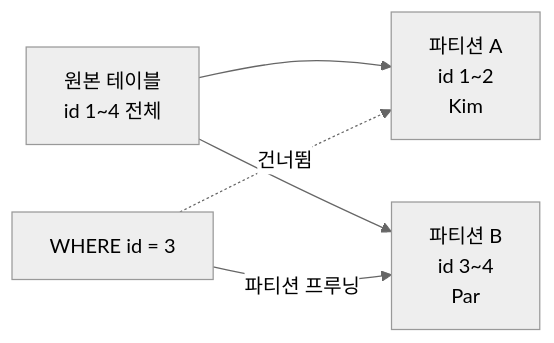
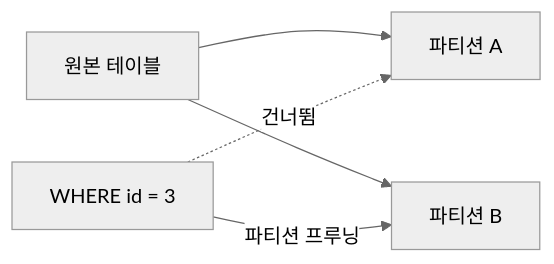
The second of 4 diagrams in _posts/db/2026-05-01-db-partitioning.md (yjkim2015/yjkim2015.github.io), drawn with Mermaid (neutral theme) before and after one commit. The commit also changed other lines of this file and 217 other files, not shown here.

First line of the commit message:
Mermaid 크기 수정: useMaxWidth:true + SVG max-width:100% + 라벨 축소

````diff
--- a/_posts/db/2026-05-01-db-partitioning.md
+++ b/_posts/db/2026-05-01-db-partitioning.md
@@ -56,8 +56,8 @@
 ```mermaid
 graph LR
-    Original["원본 테이블\nid 1~4 전체"]
-    Original --> PA["파티션 A\nid 1~2\nKim"]
-    Original --> PB["파티션 B\nid 3~4\nPar"]
+    Original["원본 테이블"]
+    Original --> PA["파티션 A"]
+    Original --> PB["파티션 B"]
     Query["WHERE id = 3"] -->|"파티션 프루닝"| PB
     Query -.->|"건너뜀"| PA
 ```
````
